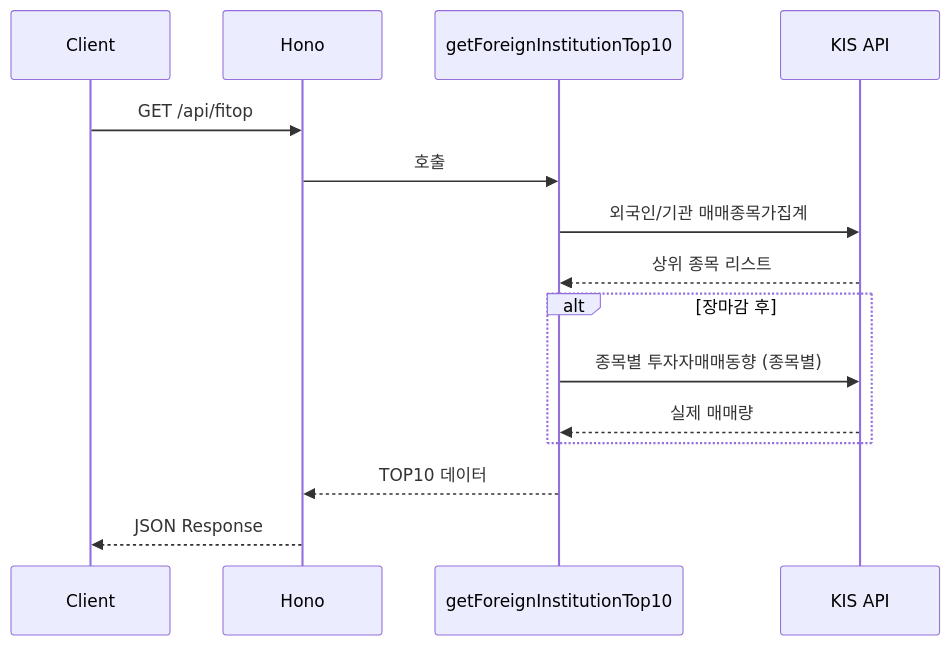
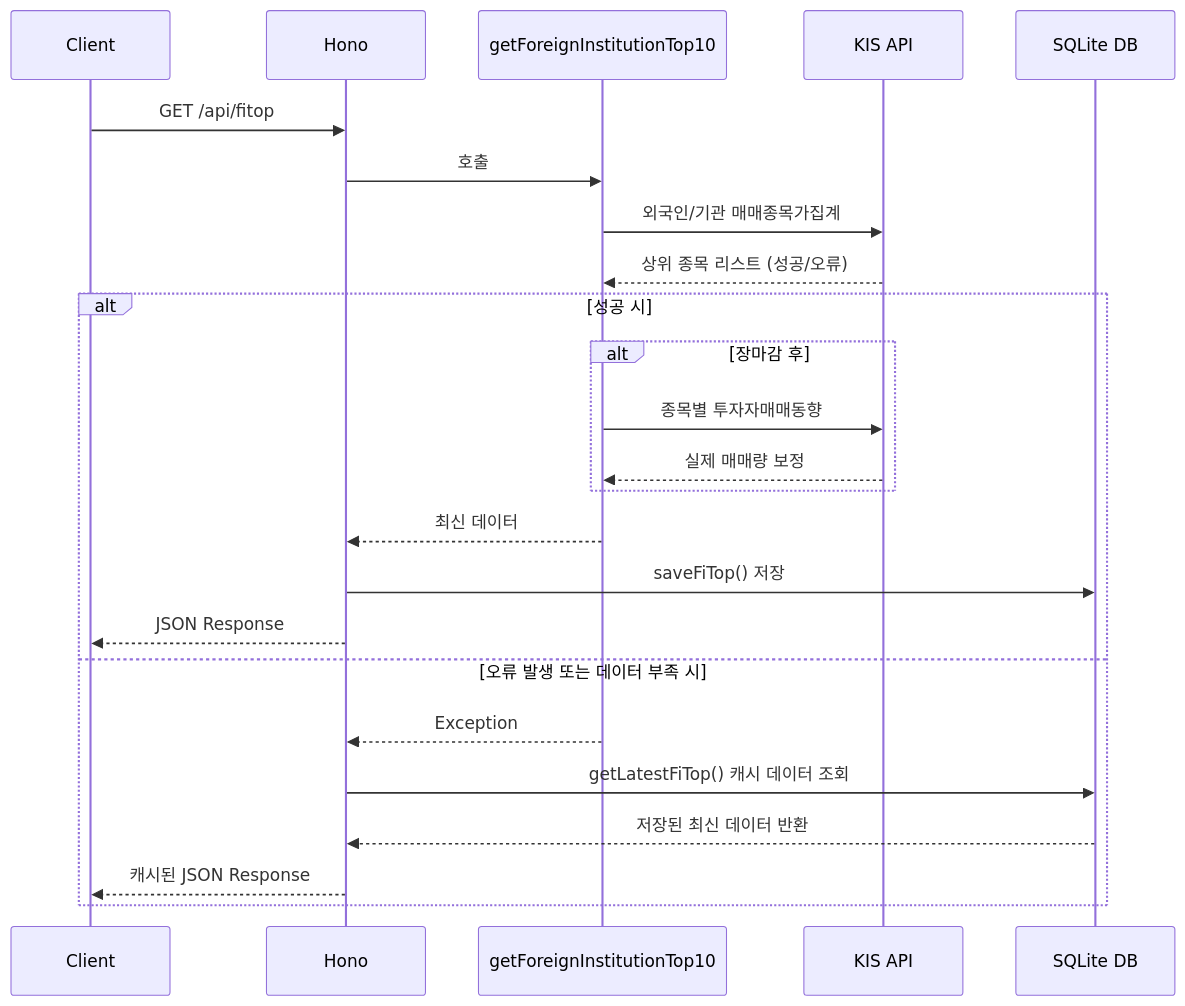
Before and after one commit to CaffeinCoding/Daily-Stock-Spoon-Server: the second of 3 diagrams in docs/Architecture.md, drawn with Mermaid. The commit also changed other lines of this file and 11 other files, not shown here.

````diff
--- a/docs/Architecture.md
+++ b/docs/Architecture.md
@@ -121,13 +123,21 @@
 ```mermaid
 sequenceDiagram
     Client->>Hono: GET /api/fitop
     Hono->>getForeignInstitutionTop10: 호출
     getForeignInstitutionTop10->>KIS API: 외국인/기관 매매종목가집계
-    KIS API-->>getForeignInstitutionTop10: 상위 종목 리스트
-    alt 장마감 후
-        getForeignInstitutionTop10->>KIS API: 종목별 투자자매매동향 (종목별)
-        KIS API-->>getForeignInstitutionTop10: 실제 매매량
+    KIS API-->>getForeignInstitutionTop10: 상위 종목 리스트 (성공/오류)
+    alt 성공 시
+        alt 장마감 후
+            getForeignInstitutionTop10->>KIS API: 종목별 투자자매매동향
+            KIS API-->>getForeignInstitutionTop10: 실제 매매량 보정
+        end
+        getForeignInstitutionTop10-->>Hono: 최신 데이터
+        Hono->>SQLite DB: saveFiTop() 저장
+        Hono-->>Client: JSON Response
+    else 오류 발생 또는 데이터 부족 시
+        getForeignInstitutionTop10-->>Hono: Exception
+        Hono->>SQLite DB: getLatestFiTop() 캐시 데이터 조회
+        SQLite DB-->>Hono: 저장된 최신 데이터 반환
+        Hono-->>Client: 캐시된 JSON Response
     end
-    getForeignInstitutionTop10-->>Hono: TOP10 데이터
-    Hono-->>Client: JSON Response
 ```
````
